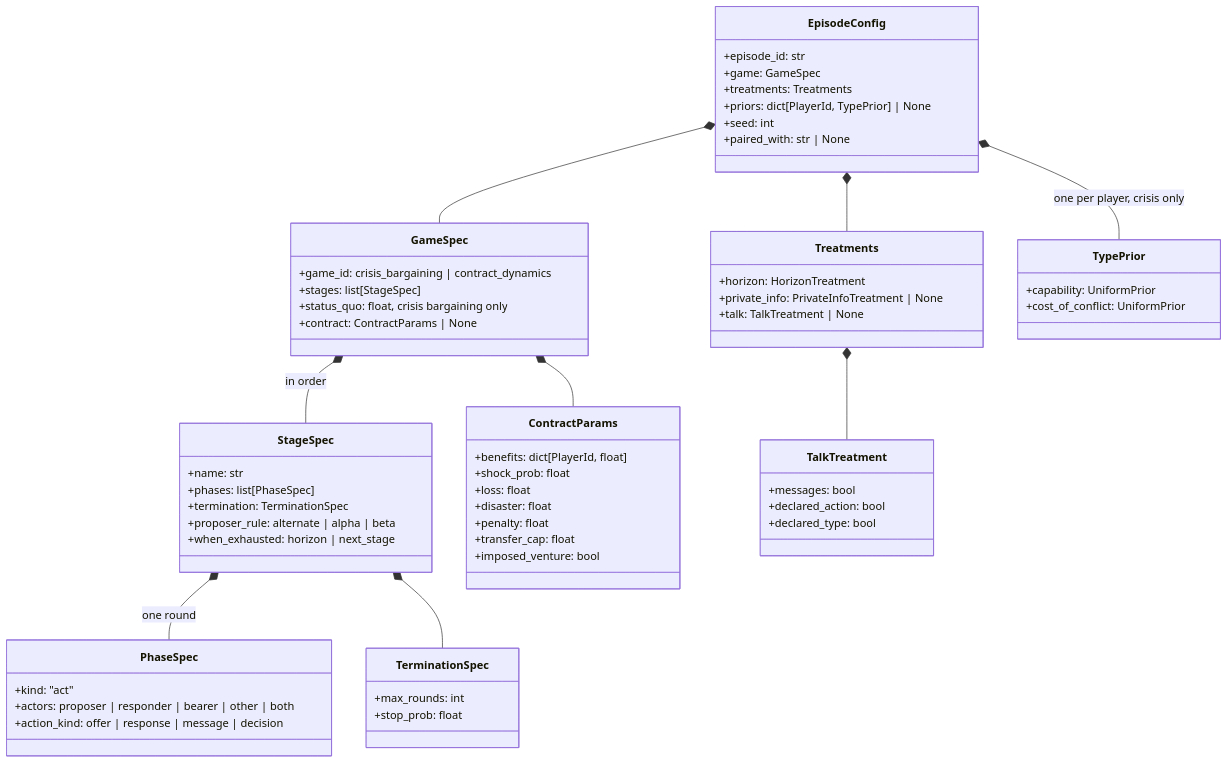
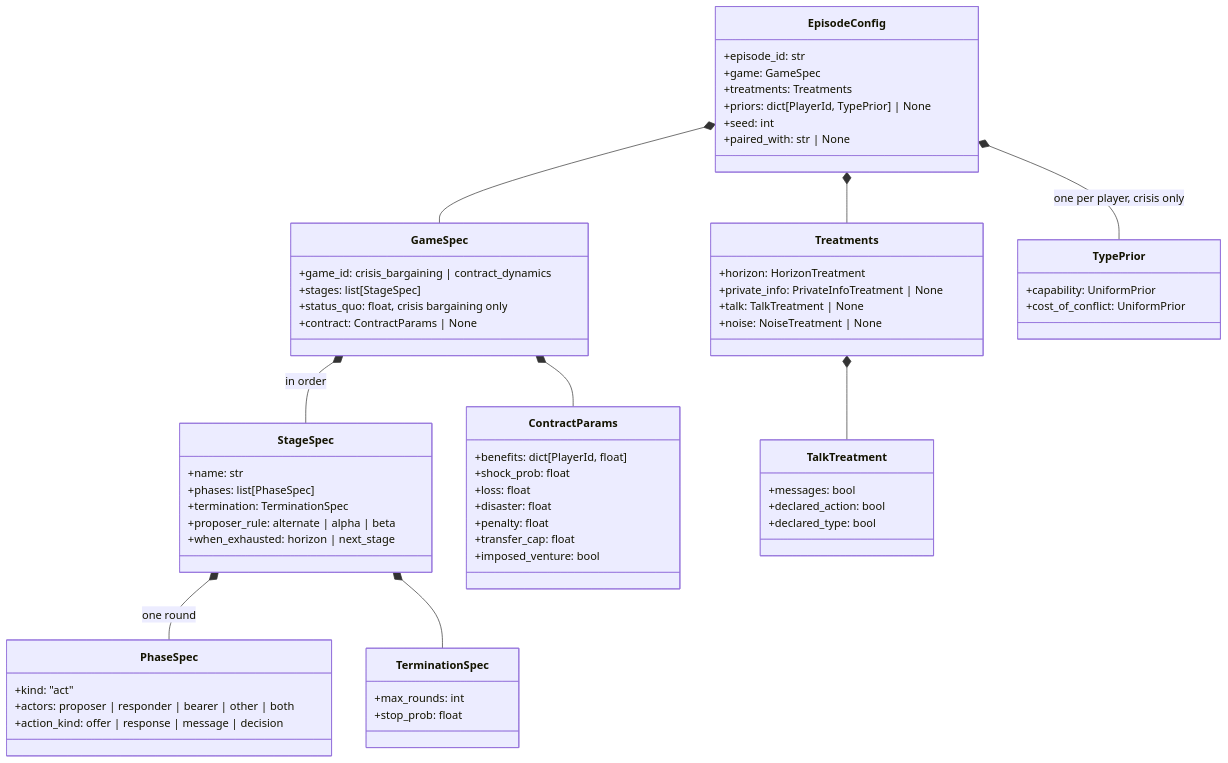
Before and after one commit to CarlosGIbanez/SPAR-Harness-Strategic-Interaction-Agents: the third of 14 diagrams in docs/architecture.md, drawn with Mermaid. The commit also changed other lines of this file and 3 other files, not shown here.

````diff
--- a/docs/architecture.md
+++ b/docs/architecture.md
@@ -97,64 +97,65 @@
 ```mermaid
 classDiagram
     class EpisodeConfig {
         +episode_id: str
         +game: GameSpec
         +treatments: Treatments
         +priors: dict[PlayerId, TypePrior] | None
         +seed: int
         +paired_with: str | None
     }
     class GameSpec {
         +game_id: crisis_bargaining | contract_dynamics
         +stages: list[StageSpec]
         +status_quo: float, crisis bargaining only
         +contract: ContractParams | None
     }
     class StageSpec {
         +name: str
         +phases: list[PhaseSpec]
         +termination: TerminationSpec
         +proposer_rule: alternate | alpha | beta
         +when_exhausted: horizon | next_stage
     }
     class PhaseSpec {
         +kind: "act"
         +actors: proposer | responder | bearer | other | both
         +action_kind: offer | response | message | decision
     }
     class TerminationSpec {
         +max_rounds: int
         +stop_prob: float
     }
     class ContractParams {
         +benefits: dict[PlayerId, float]
         +shock_prob: float
         +loss: float
         +disaster: float
         +penalty: float
         +transfer_cap: float
         +imposed_venture: bool
     }
     class Treatments {
         +horizon: HorizonTreatment
         +private_info: PrivateInfoTreatment | None
         +talk: TalkTreatment | None
+        +noise: NoiseTreatment | None
     }
     class TalkTreatment {
         +messages: bool
         +declared_action: bool
         +declared_type: bool
     }
     class TypePrior {
         +capability: UniformPrior
         +cost_of_conflict: UniformPrior
     }
     EpisodeConfig *-- GameSpec
     EpisodeConfig *-- Treatments
     EpisodeConfig *-- TypePrior : one per player, crisis only
     GameSpec *-- StageSpec : in order
     GameSpec *-- ContractParams
     StageSpec *-- PhaseSpec : one round
     StageSpec *-- TerminationSpec
     Treatments *-- TalkTreatment
 ```
````
